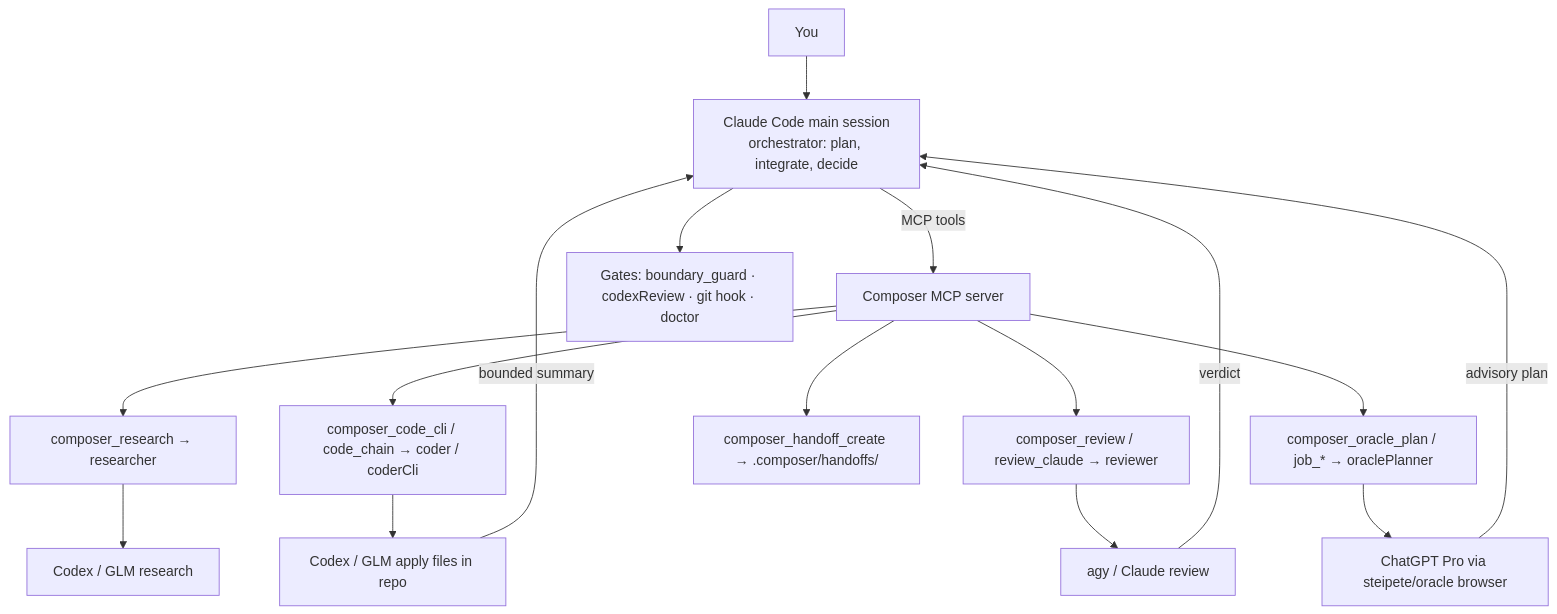
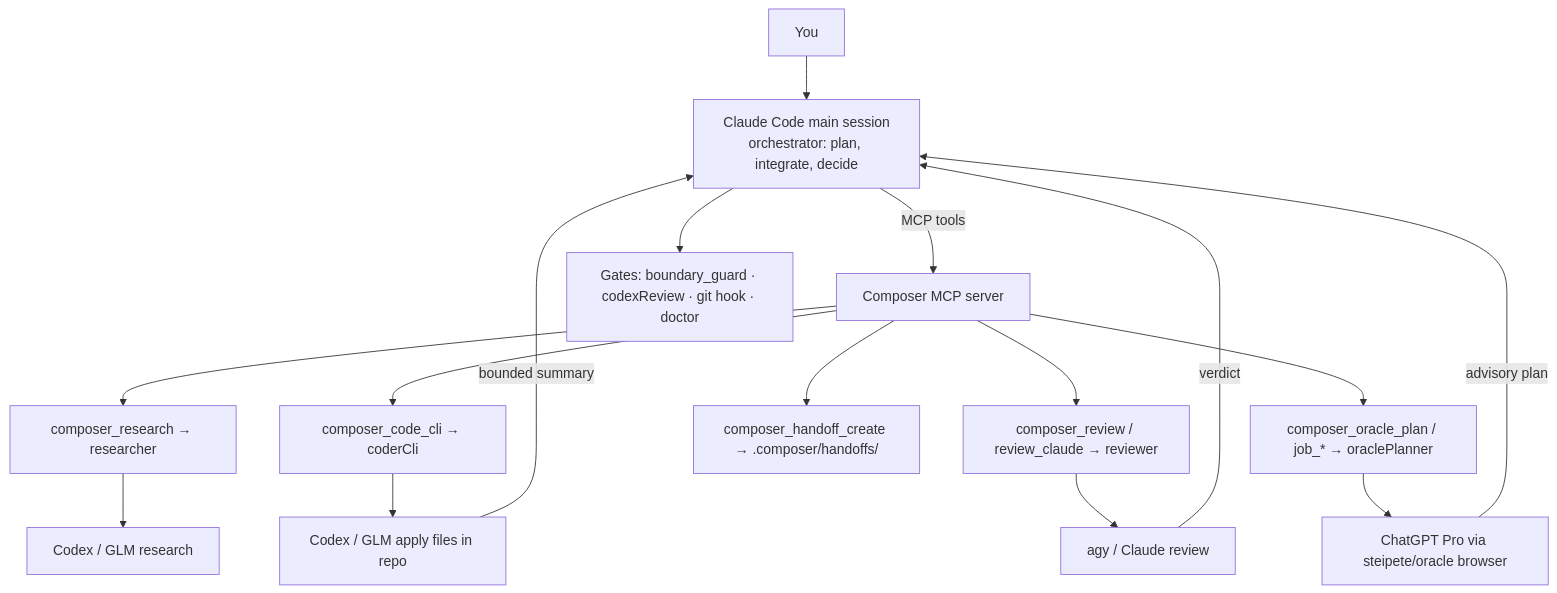
One commit to xicv/agent-composer changed the diagram in README.md. Above: the diagram before and after it, drawn with Mermaid. The commit also changed other lines of this file and 81 other files, not shown here.

````diff
--- a/README.md
+++ b/README.md
@@ -226,18 +222,18 @@
 ```mermaid
 flowchart TD
     U[You] --> CC[Claude Code main session<br/>orchestrator: plan, integrate, decide]
     CC -->|MCP tools| MCP[Composer MCP server]
     MCP --> R[composer_research → researcher]
-    MCP --> CODE[composer_code_cli / code_chain → coder / coderCli]
+    MCP --> CODE[composer_code_cli → coderCli]
     MCP --> REV[composer_review / review_claude → reviewer]
     MCP --> HO[composer_handoff_create → .composer/handoffs/]
     MCP --> OR[composer_oracle_plan / job_* → oraclePlanner]
     R --> P1[Codex / GLM research]
     CODE --> P2[Codex / GLM apply files in repo]
     REV --> P3[agy / Claude review]
     OR --> P4[ChatGPT Pro via steipete/oracle browser]
     P2 -->|bounded summary| CC
     P3 -->|verdict| CC
     P4 -->|advisory plan| CC
     CC --> G[Gates: boundary_guard · codexReview · git hook · doctor]
 ```
````
